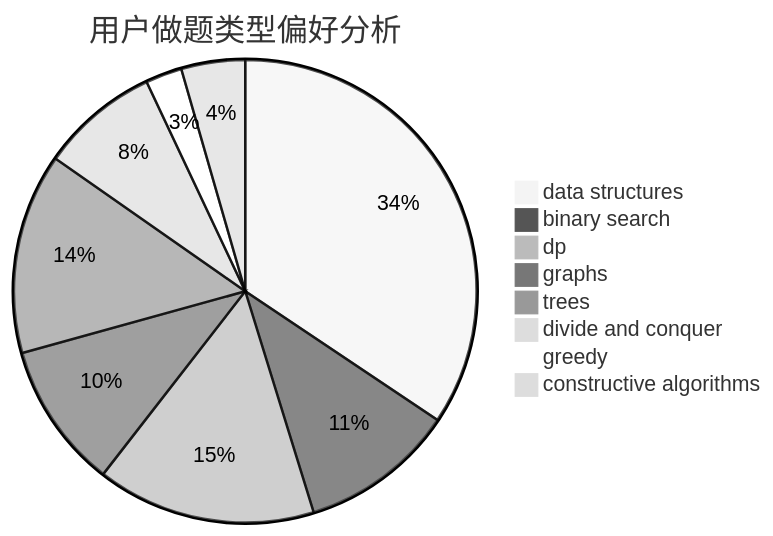
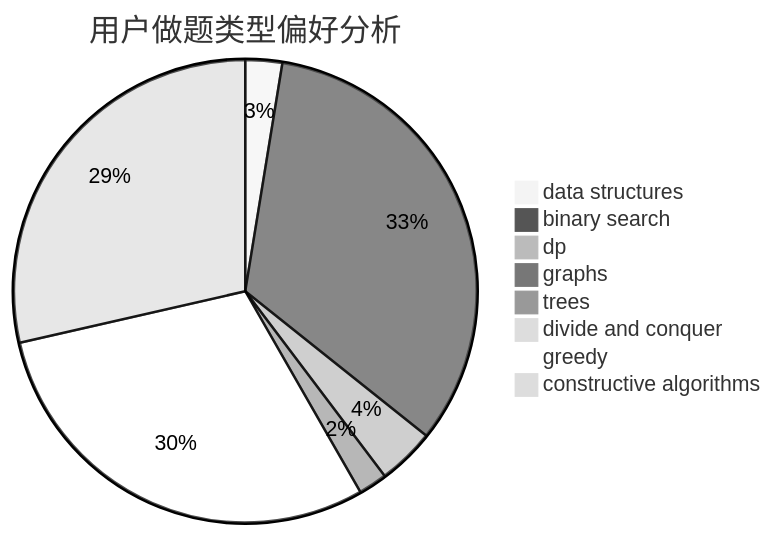
Before and after one commit to sherpahu/cfrs.github.io: the second of 3 diagrams in docs/user/u2567.md, drawn with Mermaid (neutral theme). The commit also changed other lines of this file and 2770 other files, not shown here.

````diff
--- a/docs/user/u2567.md
+++ b/docs/user/u2567.md
@@ -23,11 +23,11 @@
 ```mermaid
 pie title 用户做题类型偏好分析
-    "data structures" :  54
-    "binary search" :  17
-    "dp" :  24
-    "graphs" :  16
-    "trees" :  22
-    "divide and conquer" :  13
-    "greedy" :  4
-    "constructive algorithms" :  7
+    "data structures" :  9
+    "binary search" :  116
+    "dp" :  14
+    "graphs" :  0
+    "trees" :  7
+    "divide and conquer" :  0
+    "greedy" :  104
+    "constructive algorithms" :  100
 ```
````
